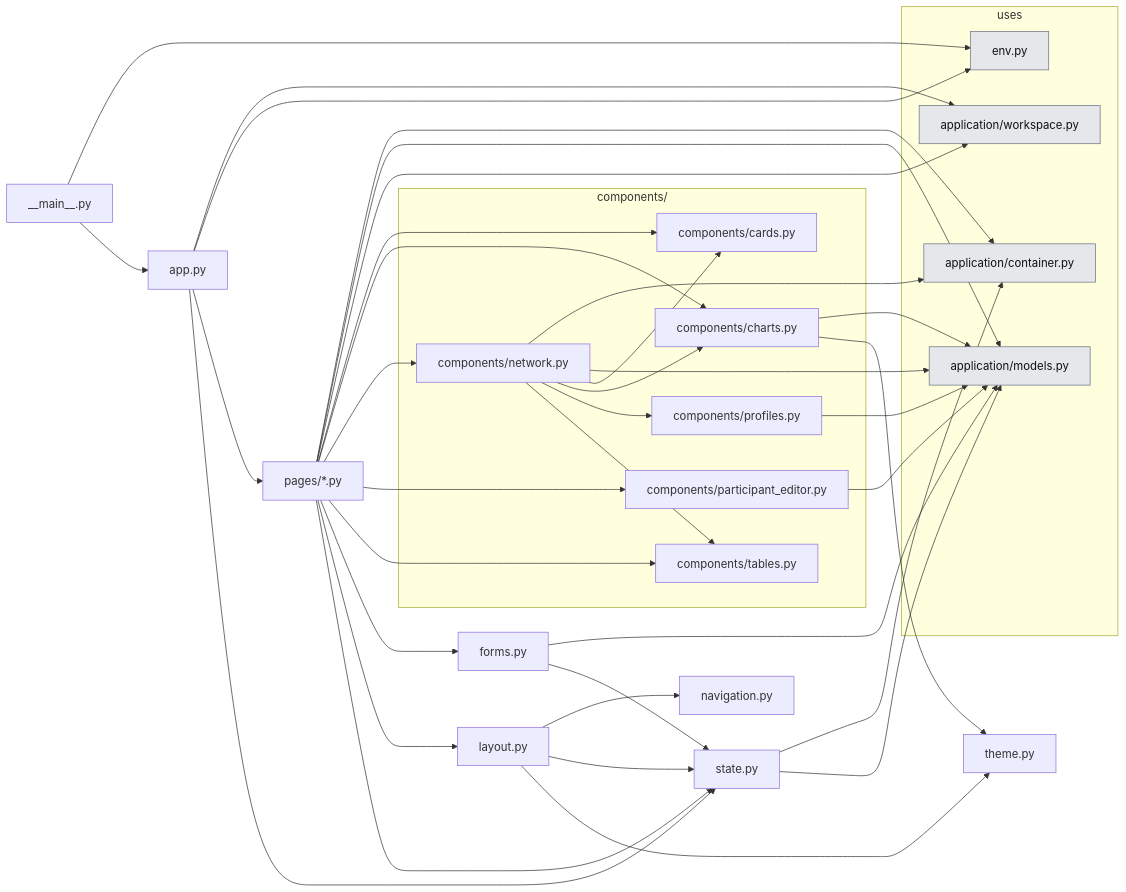
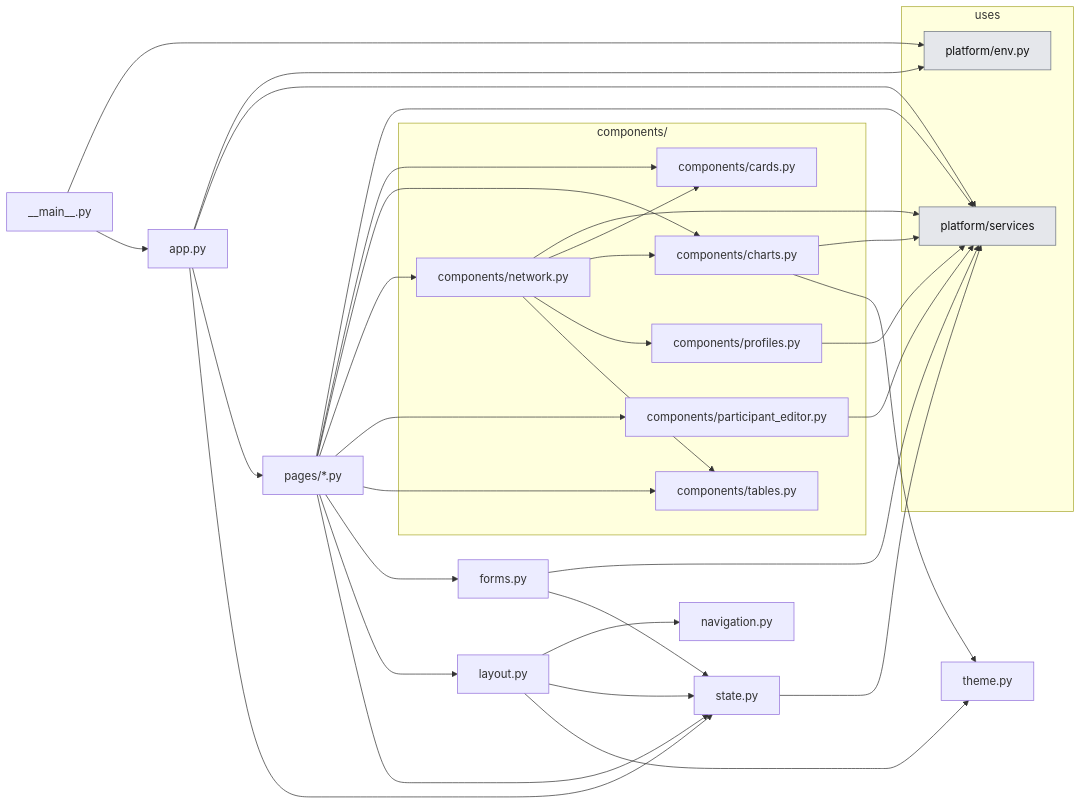
One commit to KevinRapo/P2P-thesis changed the second of 3 diagrams in docs_thesis/thesis/architecture/05-presentation.md. Above: the diagram before and after it, drawn with Mermaid. The commit also changed other lines of this file and 21 other files, not shown here.

````diff
--- a/docs_thesis/thesis/architecture/05-presentation.md
+++ b/docs_thesis/thesis/architecture/05-presentation.md
@@ -50,60 +50,54 @@
 ```mermaid
 flowchart LR
-  n_studio___main__["__main__.py"]
-  n_studio_app["app.py"]
-  n_studio_forms["forms.py"]
-  n_studio_layout["layout.py"]
-  n_studio_navigation["navigation.py"]
-  n_studio_pages__["pages/*.py"]
-  n_studio_state["state.py"]
-  n_studio_theme["theme.py"]
+  n_platform_studio___main__["__main__.py"]
+  n_platform_studio_app["app.py"]
+  n_platform_studio_forms["forms.py"]
+  n_platform_studio_layout["layout.py"]
+  n_platform_studio_navigation["navigation.py"]
+  n_platform_studio_pages__["pages/*.py"]
+  n_platform_studio_state["state.py"]
+  n_platform_studio_theme["theme.py"]
   subgraph g_components["components/"]
-    n_studio_components_cards["components/cards.py"]
-    n_studio_components_charts["components/charts.py"]
-    n_studio_components_network["components/network.py"]
-    n_studio_components_participant_editor["components/participant_editor.py"]
-    n_studio_components_profiles["components/profiles.py"]
-    n_studio_components_tables["components/tables.py"]
+    n_platform_studio_components_cards["components/cards.py"]
+    n_platform_studio_components_charts["components/charts.py"]
+    n_platform_studio_components_network["components/network.py"]
+    n_platform_studio_components_participant_editor["components/participant_editor.py"]
+    n_platform_studio_components_profiles["components/profiles.py"]
+    n_platform_studio_components_tables["components/tables.py"]
   end
   subgraph USES["uses"]
-    n_application_container["application/container.py"]:::ext
-    n_application_models["application/models.py"]:::ext
-    n_application_workspace["application/workspace.py"]:::ext
-    n_env["env.py"]:::ext
+    n_platform_env["platform/env.py"]:::ext
+    n_platform_services["platform/services"]:::ext
   end
-  n_studio___main__ --> n_env
-  n_studio___main__ --> n_studio_app
-  n_studio_app --> n_application_workspace
-  n_studio_app --> n_env
-  n_studio_app --> n_studio_pages__
-  n_studio_app --> n_studio_state
-  n_studio_components_charts --> n_application_models
-  n_studio_components_charts --> n_studio_theme
-  n_studio_components_network --> n_application_container
-  n_studio_components_network --> n_application_models
-  n_studio_components_network --> n_studio_components_cards
-  n_studio_components_network --> n_studio_components_charts
-  n_studio_components_network --> n_studio_components_profiles
-  n_studio_components_network --> n_studio_components_tables
-  n_studio_components_participant_editor --> n_application_models
-  n_studio_components_profiles --> n_application_models
-  n_studio_forms --> n_application_models
-  n_studio_forms --> n_studio_state
-  n_studio_layout --> n_studio_navigation
-  n_studio_layout --> n_studio_state
-  n_studio_layout --> n_studio_theme
-  n_studio_pages__ --> n_application_container
-  n_studio_pages__ --> n_application_models
-  n_studio_pages__ --> n_application_workspace
-  n_studio_pages__ --> n_studio_components_cards
-  n_studio_pages__ --> n_studio_components_charts
-  n_studio_pages__ --> n_studio_components_network
-  n_studio_pages__ --> n_studio_components_participant_editor
-  n_studio_pages__ --> n_studio_components_tables
-  n_studio_pages__ --> n_studio_forms
-  n_studio_pages__ --> n_studio_layout
-  n_studio_pages__ --> n_studio_state
-  n_studio_state --> n_application_container
-  n_studio_state --> n_application_models
+  n_platform_studio___main__ --> n_platform_env
+  n_platform_studio___main__ --> n_platform_studio_app
+  n_platform_studio_app --> n_platform_env
+  n_platform_studio_app --> n_platform_services
+  n_platform_studio_app --> n_platform_studio_pages__
+  n_platform_studio_app --> n_platform_studio_state
+  n_platform_studio_components_charts --> n_platform_services
+  n_platform_studio_components_charts --> n_platform_studio_theme
+  n_platform_studio_components_network --> n_platform_services
+  n_platform_studio_components_network --> n_platform_studio_components_cards
+  n_platform_studio_components_network --> n_platform_studio_components_charts
+  n_platform_studio_components_network --> n_platform_studio_components_profiles
+  n_platform_studio_components_network --> n_platform_studio_components_tables
+  n_platform_studio_components_participant_editor --> n_platform_services
+  n_platform_studio_components_profiles --> n_platform_services
+  n_platform_studio_forms --> n_platform_services
+  n_platform_studio_forms --> n_platform_studio_state
+  n_platform_studio_layout --> n_platform_studio_navigation
+  n_platform_studio_layout --> n_platform_studio_state
+  n_platform_studio_layout --> n_platform_studio_theme
+  n_platform_studio_pages__ --> n_platform_services
+  n_platform_studio_pages__ --> n_platform_studio_components_cards
+  n_platform_studio_pages__ --> n_platform_studio_components_charts
+  n_platform_studio_pages__ --> n_platform_studio_components_network
+  n_platform_studio_pages__ --> n_platform_studio_components_participant_editor
+  n_platform_studio_pages__ --> n_platform_studio_components_tables
+  n_platform_studio_pages__ --> n_platform_studio_forms
+  n_platform_studio_pages__ --> n_platform_studio_layout
+  n_platform_studio_pages__ --> n_platform_studio_state
+  n_platform_studio_state --> n_platform_services
   classDef ext fill:#e5e7eb,stroke:#6b7280,color:#111
 ```
````
